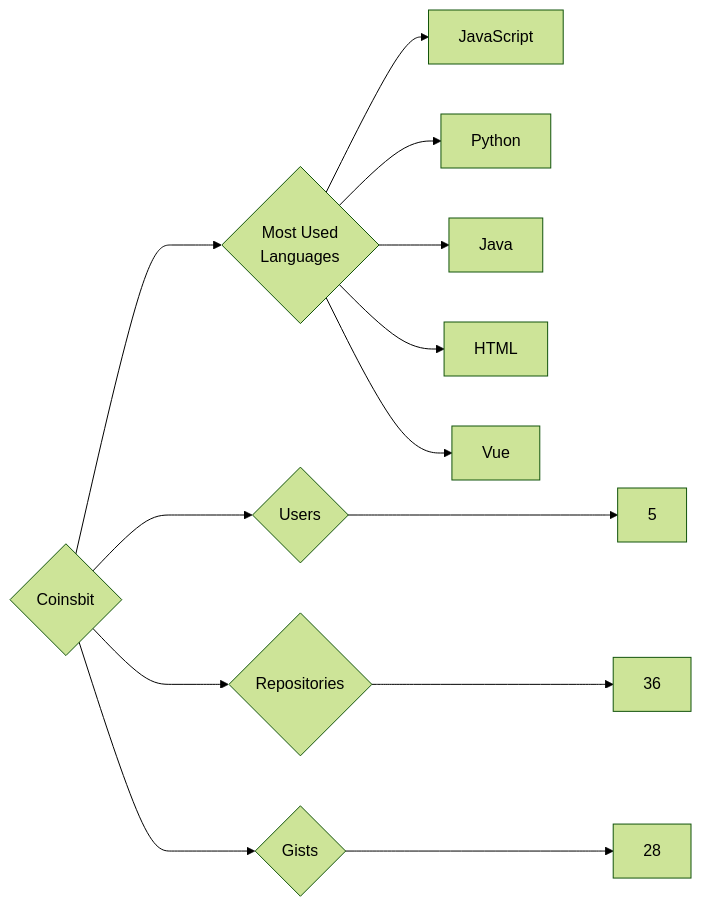
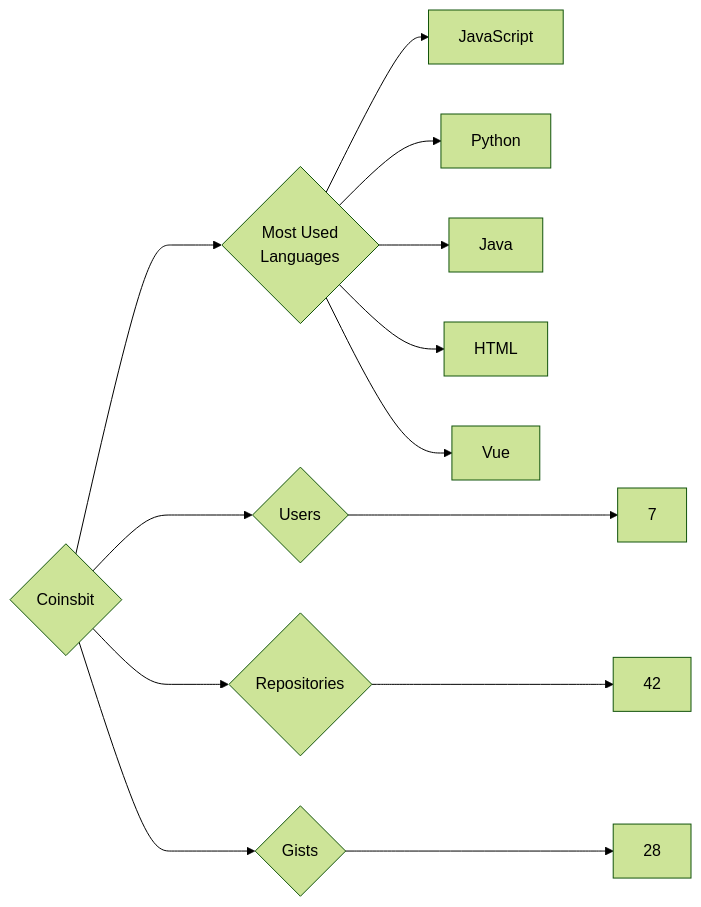
Before and after one commit to trickest/insiders: the diagram in targets/Coinsbit/README.md, drawn with Mermaid (forest theme). The commit also changed 873 other files, not shown here.

````diff
--- a/targets/Coinsbit/README.md
+++ b/targets/Coinsbit/README.md
@@ -3,13 +3,13 @@
 ```mermaid
 graph LR
 COMPANY_NAME{Coinsbit}
-COMPANY_NAME ---> U{Users} ---> UN[5]
-COMPANY_NAME ---> R{Repositories} ---> RN[36]
+COMPANY_NAME ---> U{Users} ---> UN[7]
+COMPANY_NAME ---> R{Repositories} ---> RN[42]
 COMPANY_NAME ---> G{Gists} ---> GN[28]
 COMPANY_NAME ---> ML{Most Used<br>Languages}
 ML --> JavaScript[JavaScript]
 ML --> Python[Python]
 ML --> Java[Java]
 ML --> HTML[HTML]
 ML --> Vue[Vue]
 ```
````
